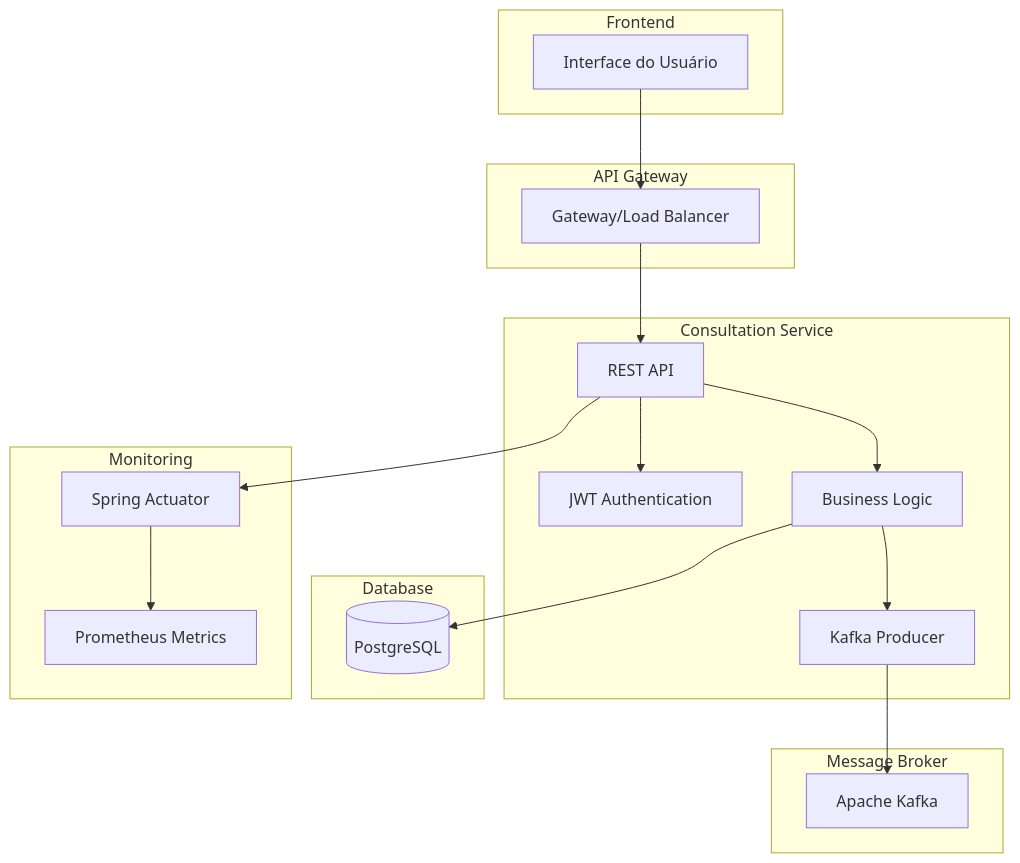
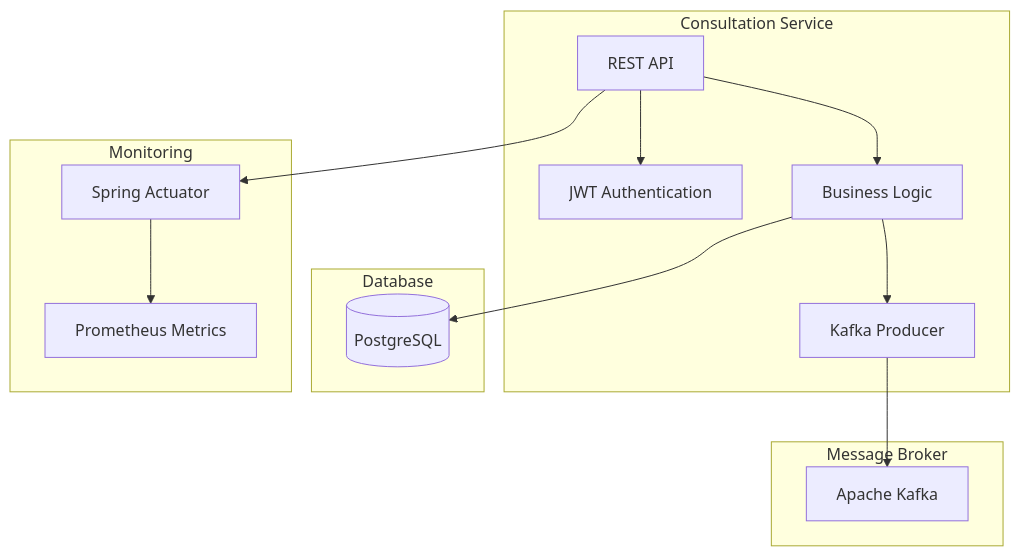
One commit to itmoura/fiap-consultation-service changed the diagram in README.md. Above: the diagram before and after it, drawn with Mermaid.

Commit message:
docs: Simplify architecture diagram in README

````diff
--- a/README.md
+++ b/README.md
@@ -40,40 +40,30 @@
 ```mermaid
-graph TB
-    subgraph "Frontend"
-        UI[Interface do Usuário]
-    end
-    
-    subgraph "API Gateway"
-        GW[Gateway/Load Balancer]
-    end
-    
+graph TB    
     subgraph "Consultation Service"
         API[REST API]
         AUTH[JWT Authentication]
         BL[Business Logic]
         KAFKA[Kafka Producer]
     end
     
     subgraph "Database"
         PG[(PostgreSQL)]
     end
     
     subgraph "Message Broker"
         KF[Apache Kafka]
     end
     
     subgraph "Monitoring"
         ACT[Spring Actuator]
         PROM[Prometheus Metrics]
     end
     
-    UI --> GW
-    GW --> API
     API --> AUTH
     API --> BL
     BL --> PG
     BL --> KAFKA
     KAFKA --> KF
     API --> ACT
     ACT --> PROM
 ```
````
